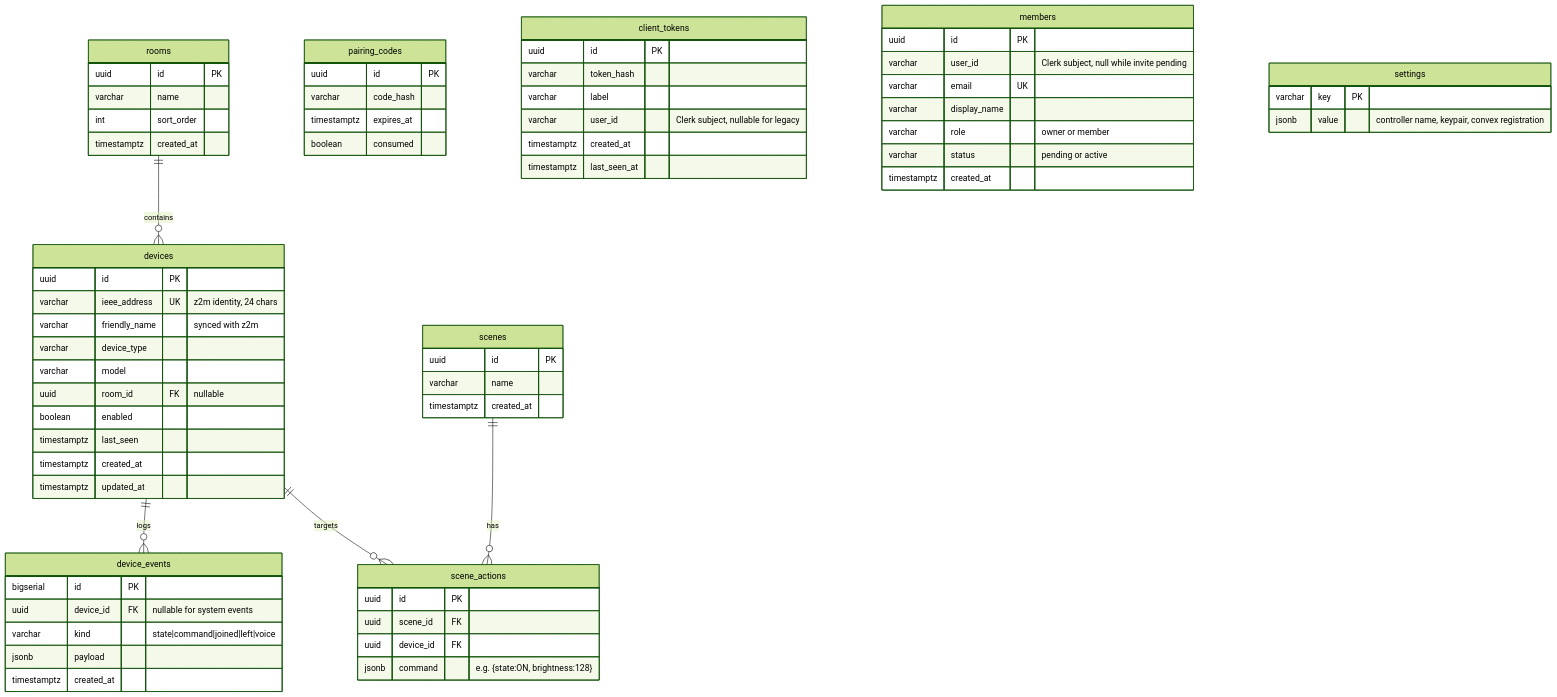
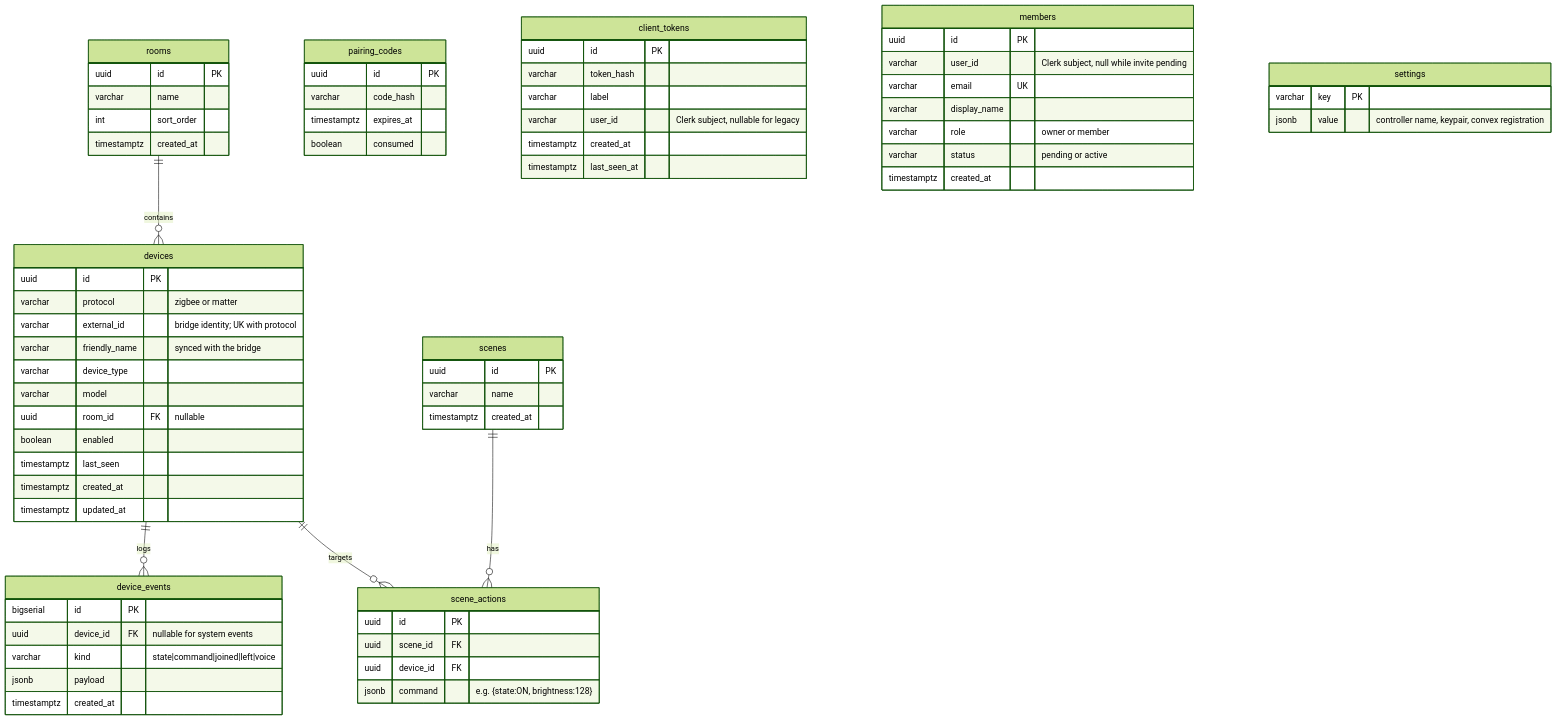
The diagram in docs/architecture/data-model.md (Zed-Softworks-Official/nemu), drawn with Mermaid (forest theme) before and after one commit. The commit also changed other lines of this file and 51 other files, not shown here.

````diff
--- a/docs/architecture/data-model.md
+++ b/docs/architecture/data-model.md
@@ -12,71 +12,72 @@
 ```mermaid
 erDiagram
     rooms ||--o{ devices : contains
     devices ||--o{ device_events : logs
     scenes ||--o{ scene_actions : has
     devices ||--o{ scene_actions : targets
 
     rooms {
         uuid id PK
         varchar name
         int sort_order
         timestamptz created_at
     }
     devices {
         uuid id PK
-        varchar ieee_address UK "z2m identity, 24 chars"
-        varchar friendly_name "synced with z2m"
+        varchar protocol "zigbee or matter"
+        varchar external_id "bridge identity; UK with protocol"
+        varchar friendly_name "synced with the bridge"
         varchar device_type
         varchar model
         uuid room_id FK "nullable"
         boolean enabled
         timestamptz last_seen
         timestamptz created_at
         timestamptz updated_at
     }
     device_events {
         bigserial id PK
         uuid device_id FK "nullable for system events"
         varchar kind "state|command|joined|left|voice"
         jsonb payload
         timestamptz created_at
     }
     scenes {
         uuid id PK
         varchar name
         timestamptz created_at
     }
     scene_actions {
         uuid id PK
         uuid scene_id FK
         uuid device_id FK
         jsonb command "e.g. {state:ON, brightness:128}"
     }
     pairing_codes {
         uuid id PK
         varchar code_hash
         timestamptz expires_at
         boolean consumed
     }
     client_tokens {
         uuid id PK
         varchar token_hash
         varchar label
         varchar user_id "Clerk subject, nullable for legacy"
         timestamptz created_at
         timestamptz last_seen_at
     }
     members {
         uuid id PK
         varchar user_id "Clerk subject, null while invite pending"
         varchar email UK
         varchar display_name
         varchar role "owner or member"
         varchar status "pending or active"
         timestamptz created_at
     }
     settings {
         varchar key PK
         jsonb value "controller name, keypair, convex registration"
     }
 ```
````
